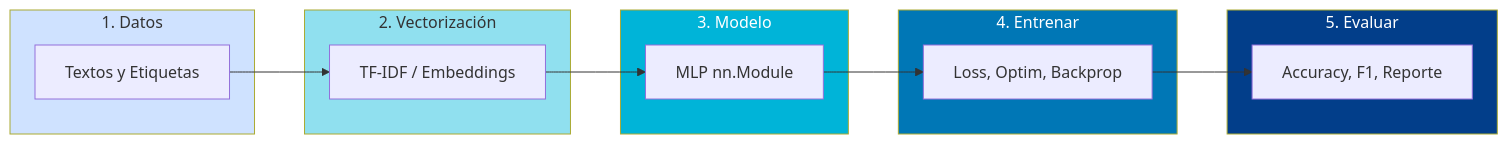
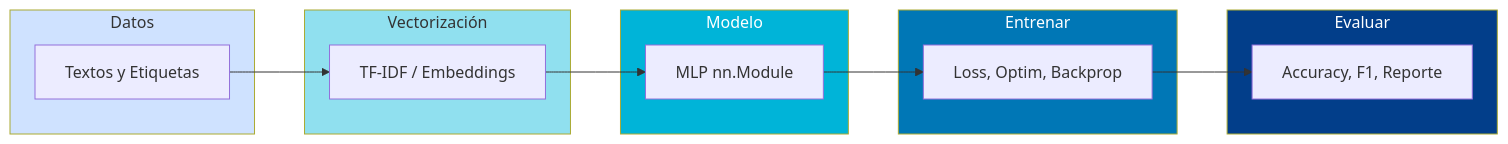
Before and after one commit to fjsuarez/ucb-nlp: the diagram in slides/semana05/s2_mlp_clasificacion.qmd, drawn with Mermaid. The commit also changed 1 other file, not shown here.

Commit message:
Fix mermaid subgraph labels: remove numbered list format causing markdown parse errors

````diff
--- a/slides/semana05/s2_mlp_clasificacion.qmd
+++ b/slides/semana05/s2_mlp_clasificacion.qmd
@@ -304,31 +304,31 @@
 ```{mermaid}
 %%| fig-width: 9
 flowchart LR
-    subgraph Datos ["1. Datos"]
+    subgraph Datos ["Datos"]
         T["Textos y Etiquetas"]
     end
     
-    subgraph Vectorizar ["2. Vectorización"]
+    subgraph Vectorizar ["Vectorización"]
         E["TF-IDF / Embeddings"]
     end
     
-    subgraph Modelo ["3. Modelo"]
+    subgraph Modelo ["Modelo"]
         M["MLP nn.Module"]
     end
     
-    subgraph Entrenar ["4. Entrenar"]
+    subgraph Entrenar ["Entrenar"]
         L["Loss, Optim, Backprop"]
     end
     
-    subgraph Evaluar ["5. Evaluar"]
+    subgraph Evaluar ["Evaluar"]
         R["Accuracy, F1, Reporte"]
     end
     
     T --> E --> M --> L --> R
     
     style Datos fill:#cfe2ff
     style Vectorizar fill:#90e0ef
     style Modelo fill:#00b4d8,color:#fff
     style Entrenar fill:#0077b6,color:#fff
     style Evaluar fill:#023e8a,color:#fff
 ```
````
